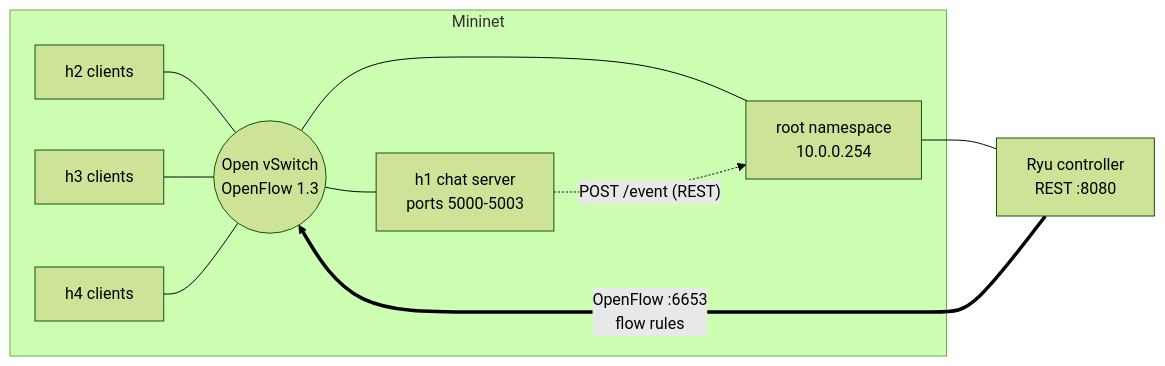
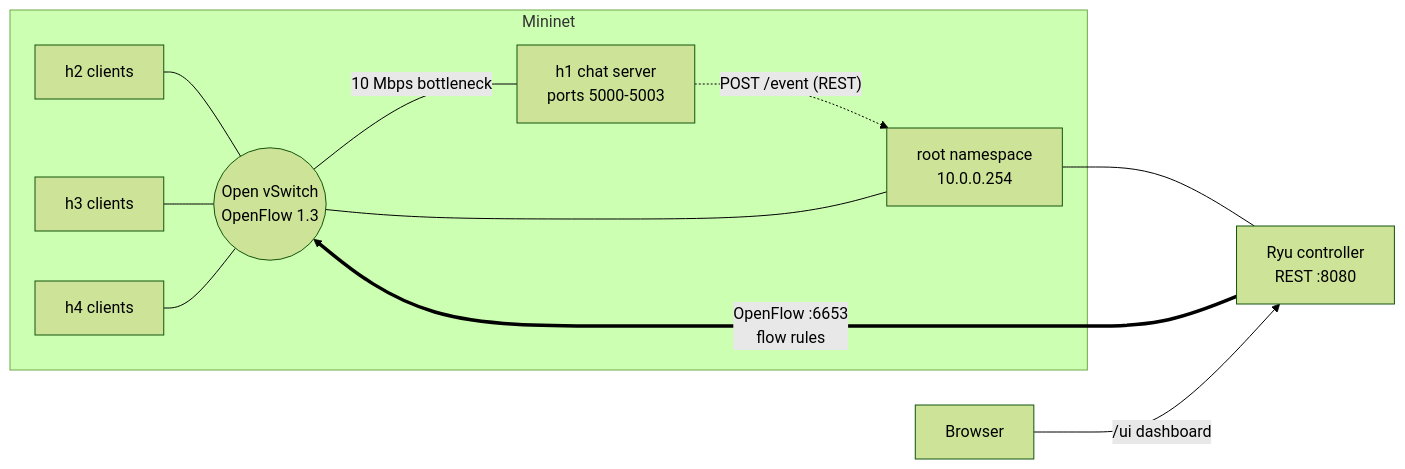
One commit to Keerthan-S-Kumar/CN-SDN-Multi-Client-Chat-Network-Mini-Project changed the diagram in README.md. Above: the diagram before and after it, drawn with Mermaid (forest theme). The commit also changed other lines of this file and 3 other files, not shown here.

````diff
--- a/README.md
+++ b/README.md
@@ -71,13 +71,14 @@
 ```mermaid
 flowchart LR
   subgraph Mininet
     H2["h2 clients"] --- S
     H3["h3 clients"] --- S
     H4["h4 clients"] --- S
-    S(("Open vSwitch<br/>OpenFlow 1.3")) --- H1["h1 chat server<br/>ports 5000-5003"]
+    S(("Open vSwitch<br/>OpenFlow 1.3")) ---|"10 Mbps bottleneck"| H1["h1 chat server<br/>ports 5000-5003"]
     S --- R["root namespace<br/>10.0.0.254"]
   end
   H1 -.->|"POST /event (REST)"| R
   R --- C["Ryu controller<br/>REST :8080"]
   C ==>|"OpenFlow :6653<br/>flow rules"| S
+  B["Browser"] -->|"/ui dashboard"| C
 ```
````
